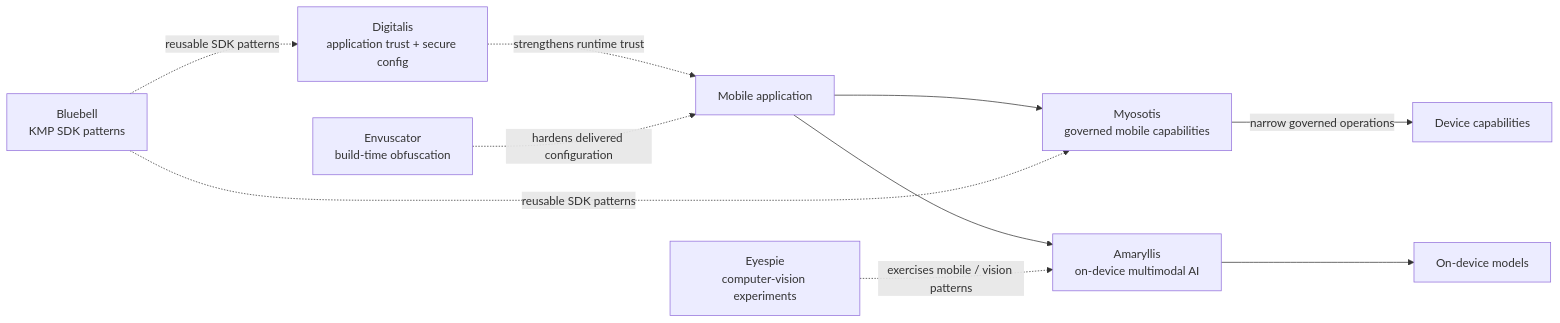
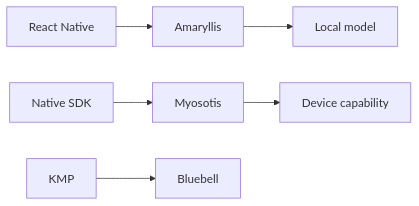
The fourth of 8 diagrams in profile/README.md (hackelia-micrantha/.github), drawn with Mermaid before and after one commit. The commit also changed other lines of this file, not shown here.

First line of the commit message:
docs: clarify mobile architecture streams

````diff
--- a/profile/README.md
+++ b/profile/README.md
@@ -136,22 +138,6 @@
 ```mermaid
 flowchart LR
-  APP["Mobile application"]
-  MY["Myosotis<br/>governed mobile capabilities"]
-  AM["Amaryllis<br/>on-device multimodal AI"]
-  DI["Digitalis<br/>application trust + secure config"]
-  EN["Envuscator<br/>build-time obfuscation"]
-  BL["Bluebell<br/>KMP SDK patterns"]
-  EY["Eyespie<br/>computer-vision experiments"]
-  DEV["Device capabilities"]
-  MODEL["On-device models"]
-
-  APP --> MY
-  MY -->|narrow governed operations| DEV
-  APP --> AM
-  AM --> MODEL
-  DI -.->|strengthens runtime trust| APP
-  EN -.->|hardens delivered configuration| APP
-  BL -.->|reusable SDK patterns| MY
-  BL -.->|reusable SDK patterns| DI
-  EY -.->|exercises mobile / vision patterns| AM
+  RN["React Native"] --> AM["Amaryllis"] --> LM["Local model"]
+  NA["Native SDK"] --> MY["Myosotis"] --> DEV["Device capability"]
+  KM["KMP"] --> BL["Bluebell"]
 ```
````
